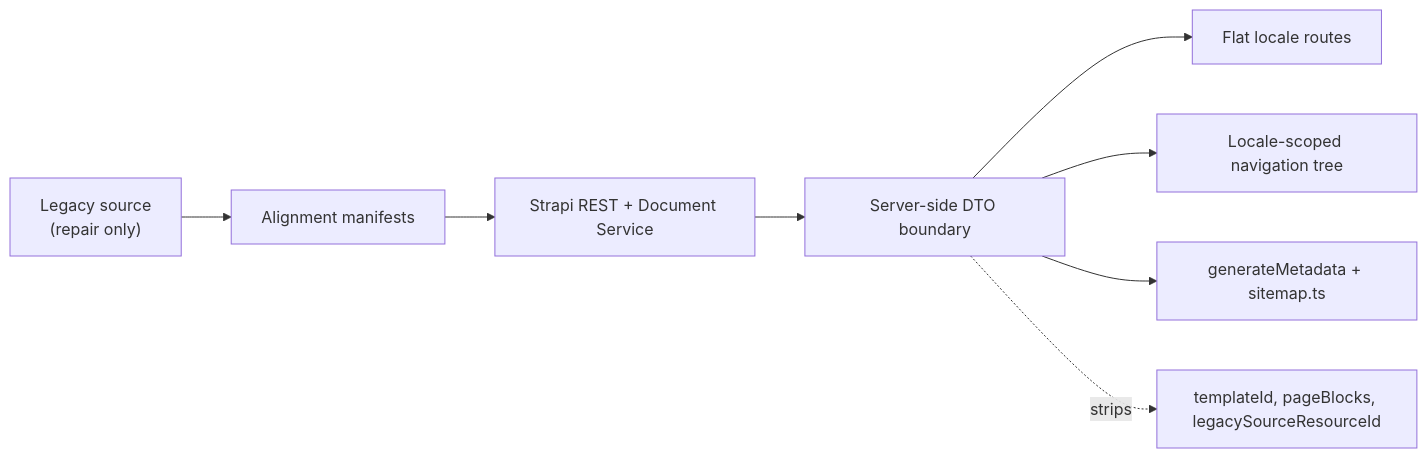
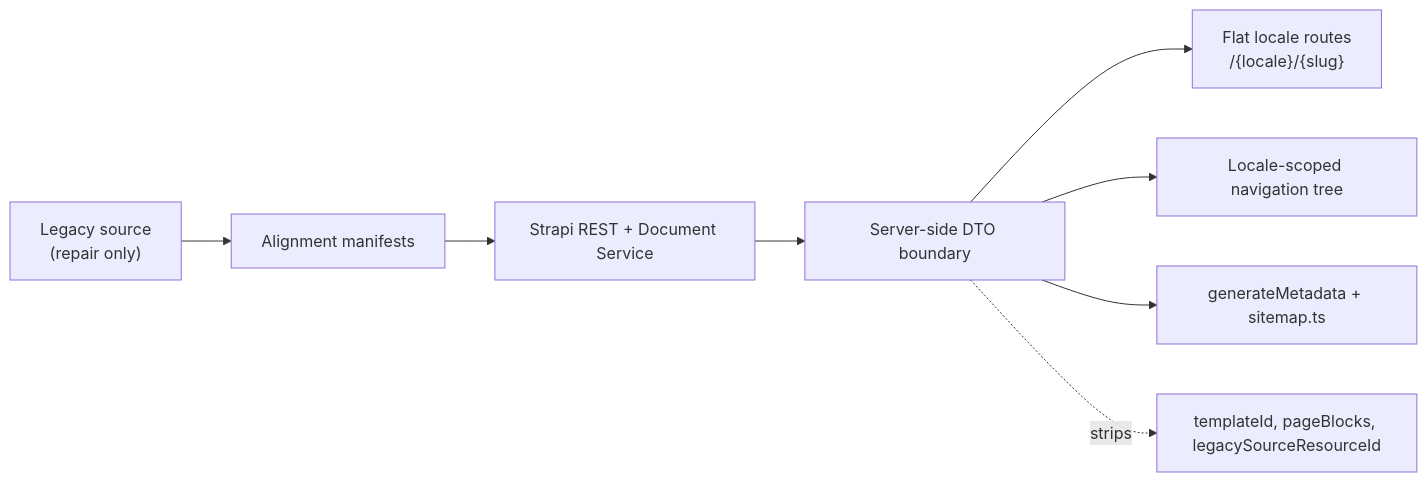
Before and after one commit to bagtyyarkovusov/myorl-pavlos: the diagram in docs/nextjs-content-readiness.md, drawn with Mermaid. The commit also changed other lines of this file and 56 other files, not shown here.

````diff
--- a/docs/nextjs-content-readiness.md
+++ b/docs/nextjs-content-readiness.md
@@ -32,10 +36,10 @@
 ```mermaid
 flowchart LR
   Legacy["Legacy source\n(repair only)"] --> Manifests["Alignment manifests"]
   Manifests --> Strapi["Strapi REST + Document Service"]
   Strapi --> DTO["Server-side DTO boundary"]
-  DTO --> Routes["Flat locale routes"]
+  DTO --> Routes["Flat locale routes\n/{locale}/{slug}"]
   DTO --> Nav["Locale-scoped navigation tree"]
   DTO --> Metadata["generateMetadata + sitemap.ts"]
   DTO -. strips .-> LegacyFields["templateId, pageBlocks, legacySourceResourceId"]
 ```
````
